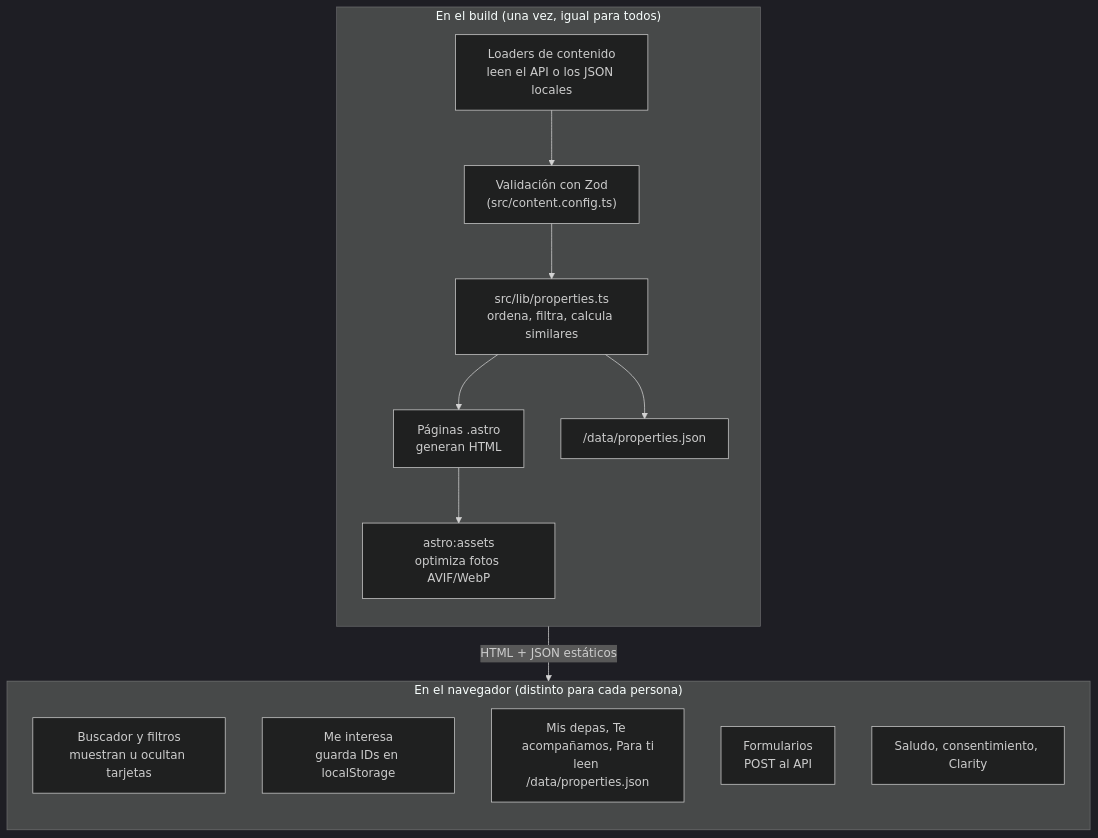
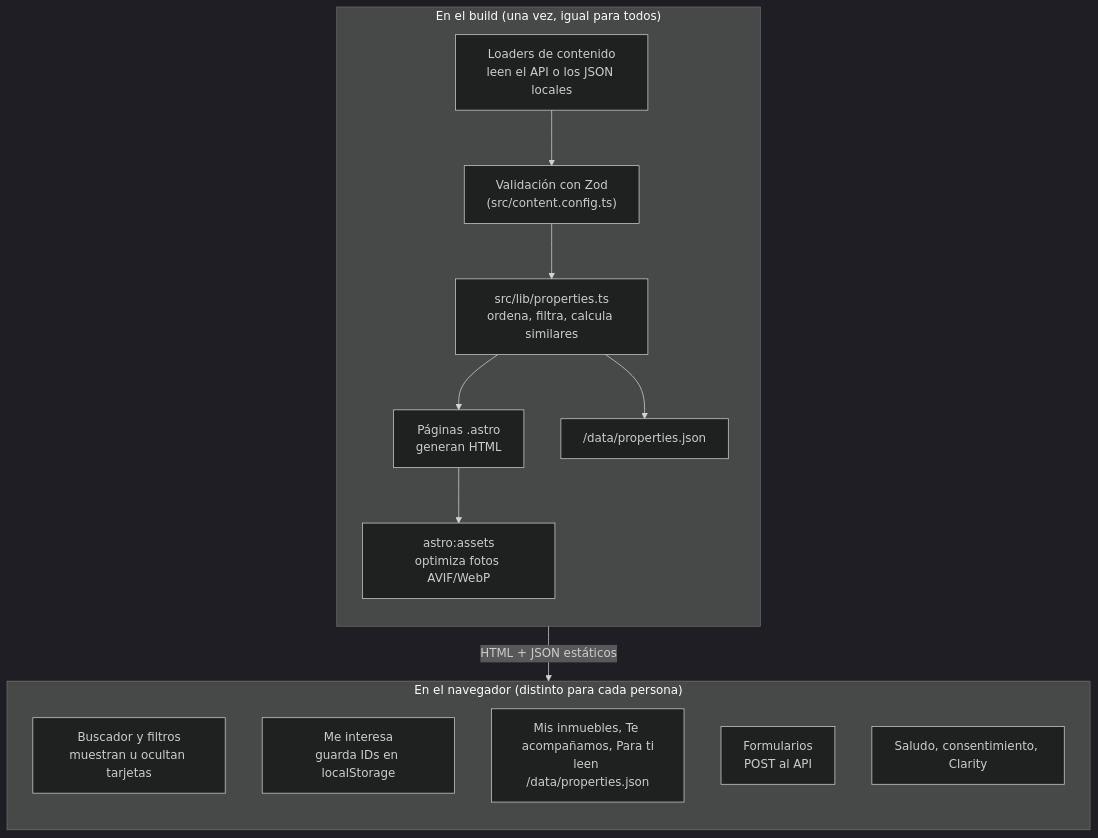
One commit to samirharrytl/DHC_landing changed the fourth of 4 diagrams in docs/plataforma/01-arquitectura.md. Above: the diagram before and after it, drawn with Mermaid (dark theme). The commit also changed other lines of this file and 72 other files, not shown here.

First line of the commit message:
Fuente Poppins como depahostperu.com, "Mis depas" pasa a "Mis inmuebles" y cambios en API y panel

````diff
--- a/docs/plataforma/01-arquitectura.md
+++ b/docs/plataforma/01-arquitectura.md
@@ -136,26 +136,26 @@
 ```mermaid
 flowchart TB
     subgraph EnBuild["En el build (una vez, igual para todos)"]
         direction TB
         L1["Loaders de contenido<br/>leen el API o los JSON locales"]
         L2["Validación con Zod<br/>(src/content.config.ts)"]
         L3["src/lib/properties.ts<br/>ordena, filtra, calcula similares"]
         L4["Páginas .astro<br/>generan HTML"]
         L5["astro:assets<br/>optimiza fotos AVIF/WebP"]
         L6["/data/properties.json"]
         L1 --> L2 --> L3 --> L4
         L3 --> L6
         L4 --> L5
     end
 
     subgraph EnNavegador["En el navegador (distinto para cada persona)"]
         direction TB
         N1["Buscador y filtros<br/>muestran u ocultan tarjetas"]
         N2["Me interesa<br/>guarda IDs en localStorage"]
-        N3["Mis depas, Te acompañamos, Para ti<br/>leen /data/properties.json"]
+        N3["Mis inmuebles, Te acompañamos, Para ti<br/>leen /data/properties.json"]
         N4["Formularios<br/>POST al API"]
         N5["Saludo, consentimiento, Clarity"]
     end
 
     EnBuild -- "HTML + JSON estáticos" --> EnNavegador
 ```
````
